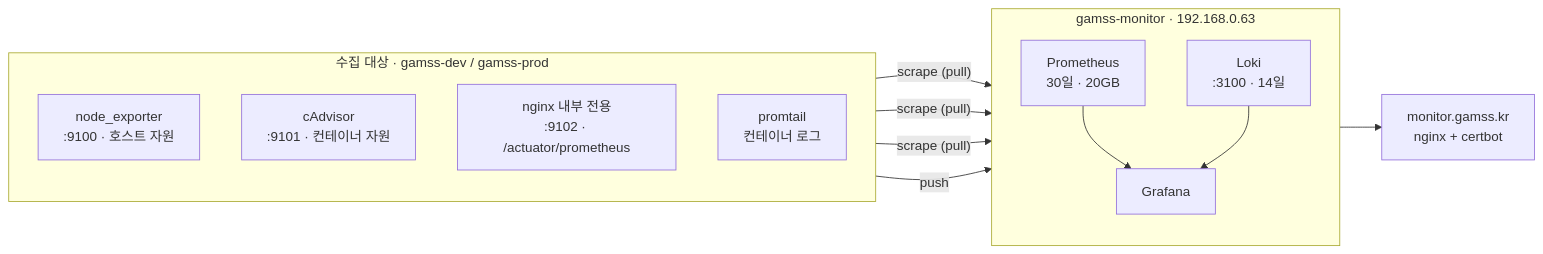
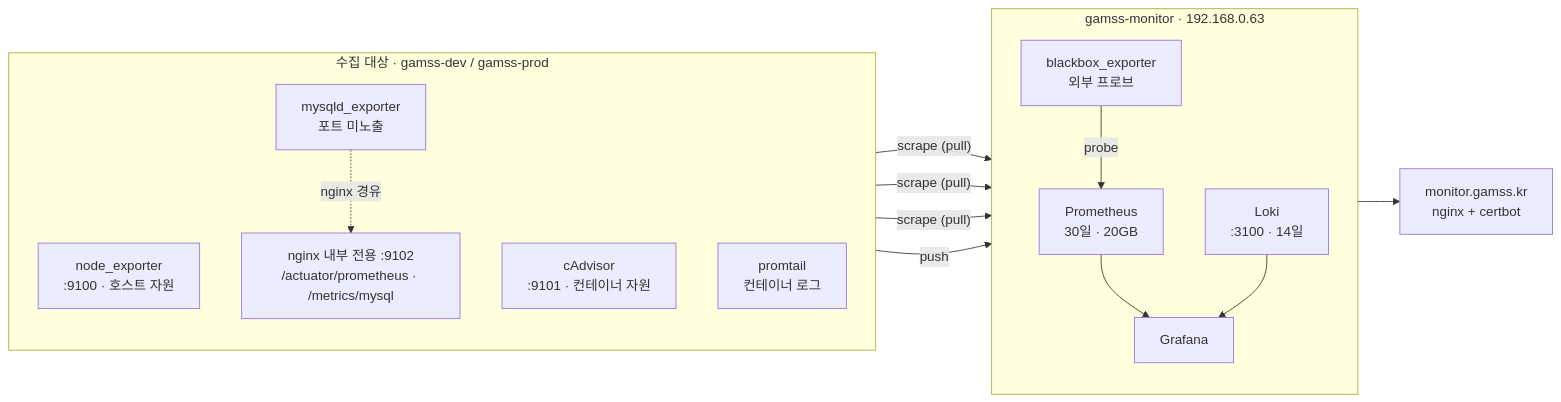
One commit to Nexters/GAMSS-Server changed the diagram in deploy/monitor/README.md. Above: the diagram before and after it, drawn with Mermaid. The commit also changed other lines of this file and 12 other files, not shown here.

````diff
--- a/deploy/monitor/README.md
+++ b/deploy/monitor/README.md
@@ -18,25 +18,29 @@
 ```mermaid
 flowchart LR
   subgraph T["수집 대상 · gamss-dev / gamss-prod"]
     direction TB
     NE["node_exporter<br/>:9100 · 호스트 자원"]
     CA["cAdvisor<br/>:9101 · 컨테이너 자원"]
-    NG["nginx 내부 전용<br/>:9102 · /actuator/prometheus"]
+    NG["nginx 내부 전용 :9102<br/>/actuator/prometheus · /metrics/mysql"]
+    MY["mysqld_exporter<br/>포트 미노출"]
     PT["promtail<br/>컨테이너 로그"]
   end
 
   subgraph M["gamss-monitor · 192.168.0.63"]
     direction TB
+    BB["blackbox_exporter<br/>외부 프로브"]
     PR["Prometheus<br/>30일 · 20GB"]
     LK["Loki<br/>:3100 · 14일"]
     GR["Grafana"]
   end
 
   NE -- "scrape (pull)" --> PR
   CA -- "scrape (pull)" --> PR
   NG -- "scrape (pull)" --> PR
+  MY -. "nginx 경유" .-> NG
   PT -- "push" --> LK
+  BB -- "probe" --> PR
   PR --> GR
   LK --> GR
   GR --> W["monitor.gamss.kr<br/>nginx + certbot"]
 ```
````
